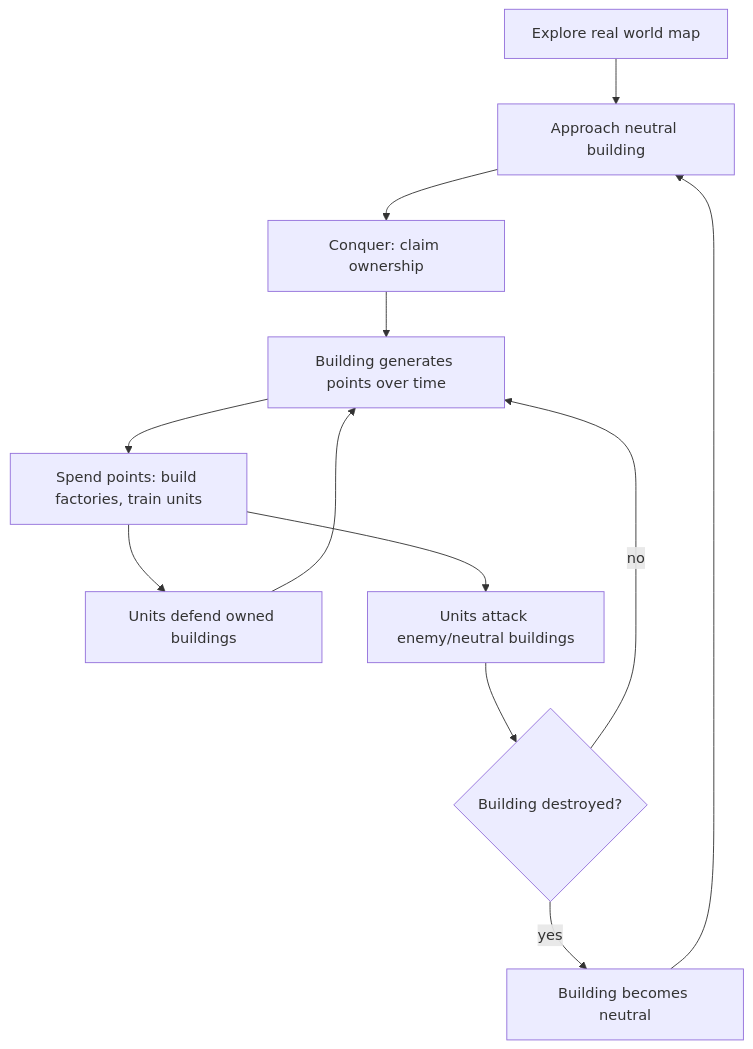
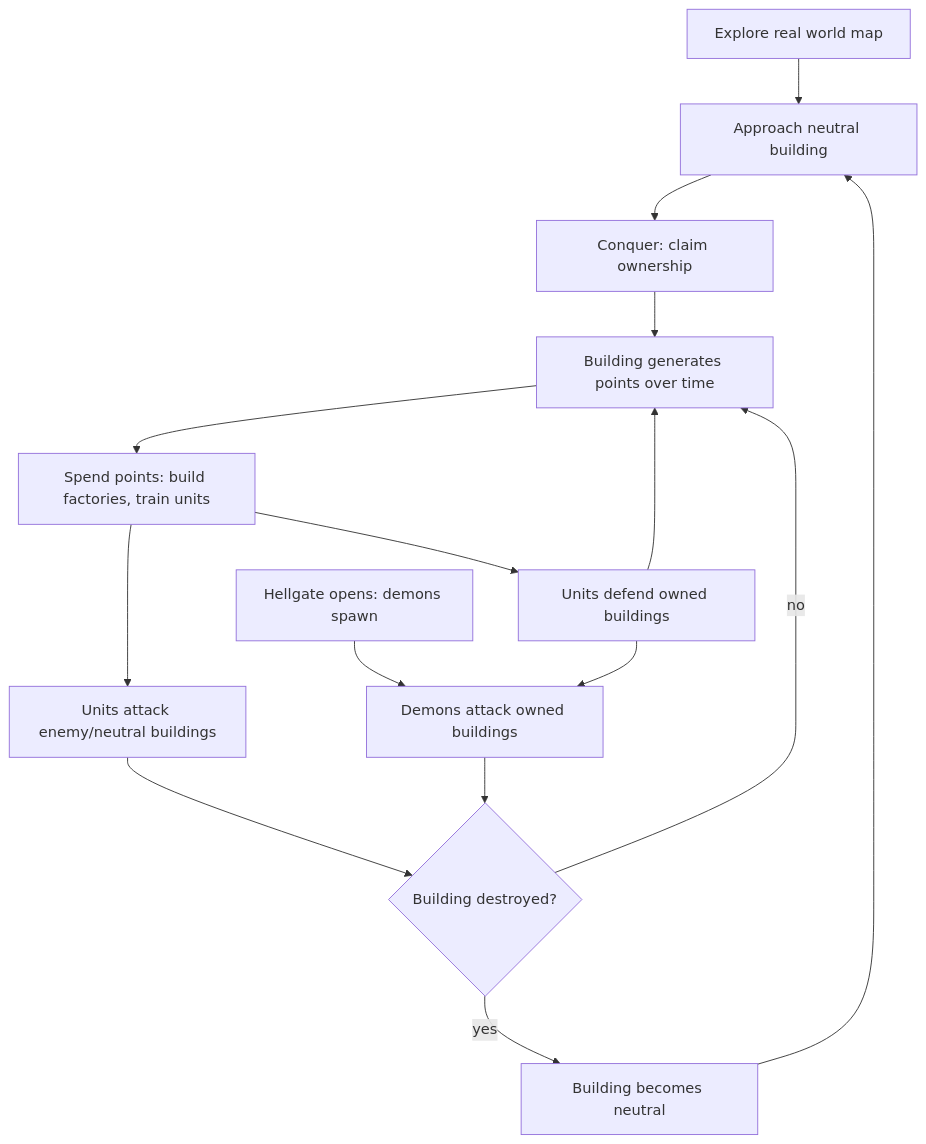
Before and after one commit to jhofer/ar-map-game: the first of 8 diagrams in docs/GAME_DESIGN.md, drawn with Mermaid. The commit also changed other lines of this file, not shown here.

First line of the commit message:
Add Hellgate World theme, four factions, and demon PvE layer

````diff
--- a/docs/GAME_DESIGN.md
+++ b/docs/GAME_DESIGN.md
@@ -21,14 +29,17 @@
 ```mermaid
 flowchart TD
     A[Explore real world map] --> B[Approach neutral building]
     B --> C[Conquer: claim ownership]
     C --> D[Building generates points over time]
     D --> E[Spend points: build factories, train units]
     E --> F[Units defend owned buildings]
     E --> G[Units attack enemy/neutral buildings]
     G --> H{Building destroyed?}
     H -->|yes| I[Building becomes neutral]
     H -->|no| D
     I --> B
     F --> D
+    X[Hellgate opens: demons spawn] --> Y[Demons attack owned buildings]
+    Y --> H
+    F --> Y
 ```
````
